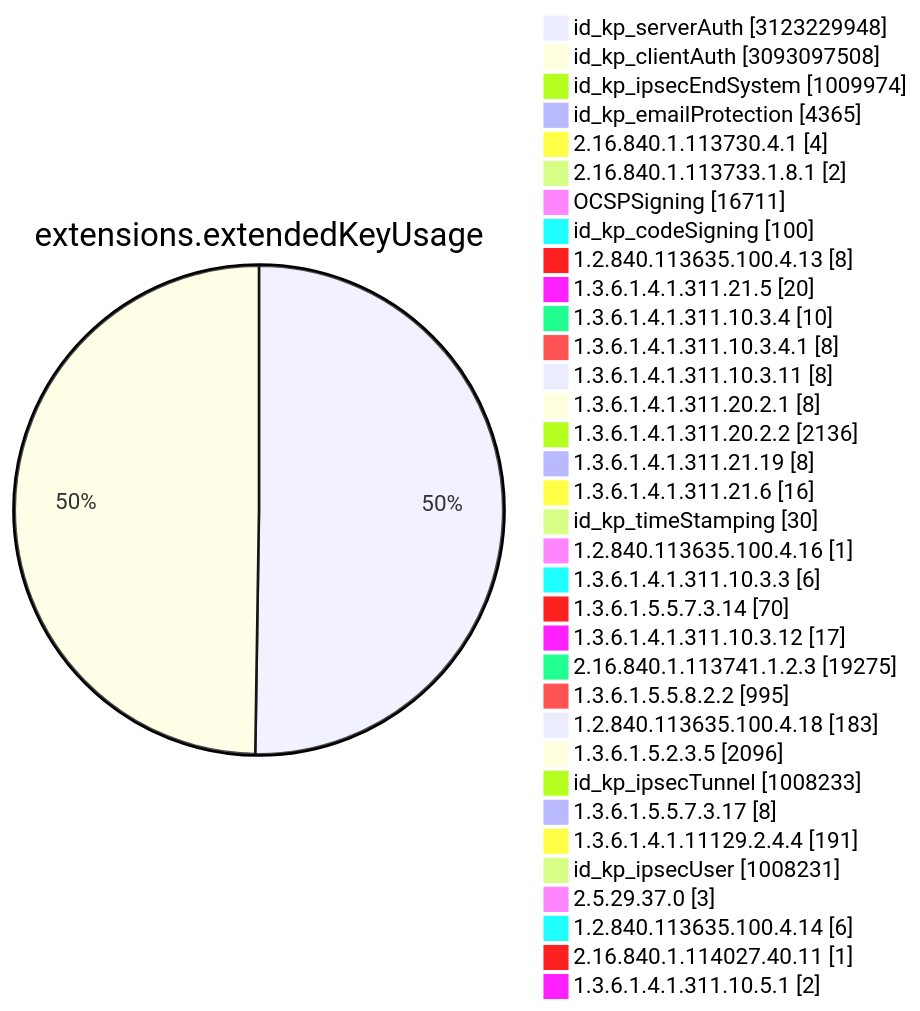
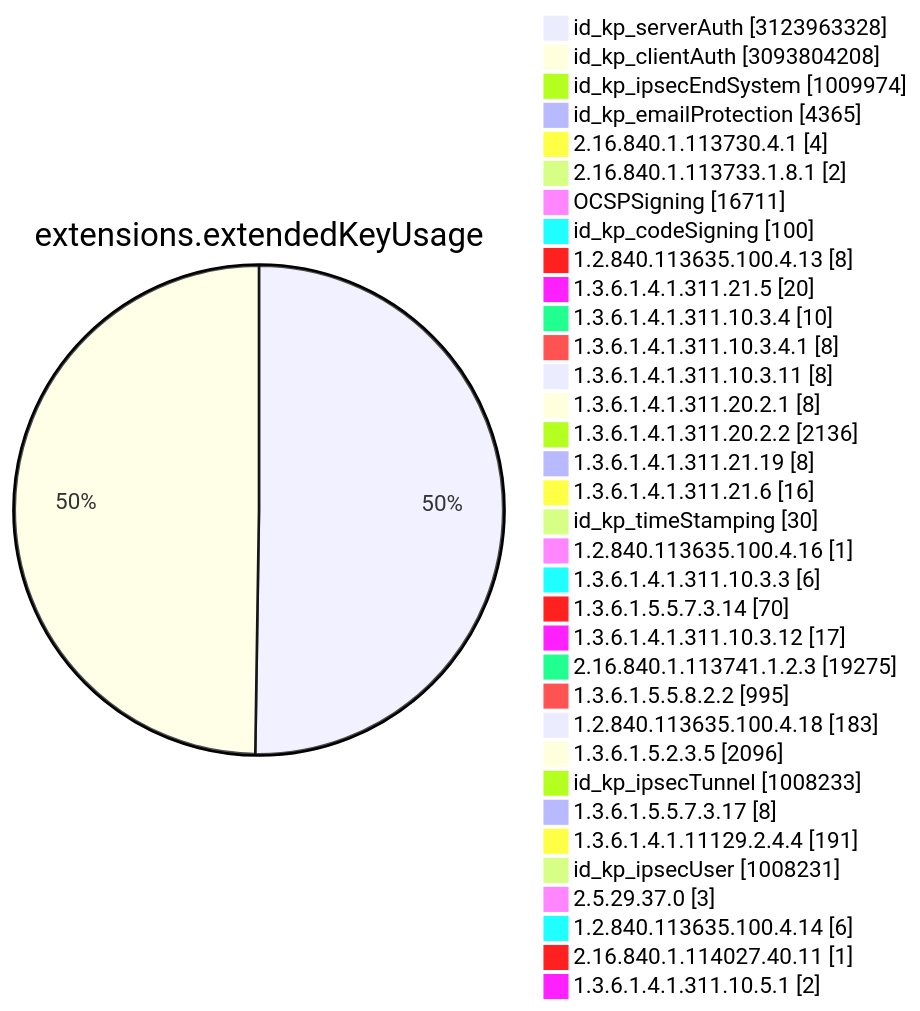
One commit to christiankrug/ctmonitor_visualization changed diagram 11 of 15 in TOTAL/README.md. Above: the diagram before and after it, drawn with Mermaid. The commit also changed other lines of this file, not shown here.

````diff
--- a/TOTAL/README.md
+++ b/TOTAL/README.md
@@ -4117,38 +4117,38 @@
 ```mermaid
 pie showData
 title extensions.extendedKeyUsage
-"id_kp_serverAuth" :3123229948
-"id_kp_clientAuth" :3093097508
+"id_kp_serverAuth" :3123963328
+"id_kp_clientAuth" :3093804208
 "id_kp_ipsecEndSystem" :1009974
 "id_kp_emailProtection" :4365
 "2.16.840.1.113730.4.1" :4
 "2.16.840.1.113733.1.8.1" :2
 "OCSPSigning" :16711
 "id_kp_codeSigning" :100
 "1.2.840.113635.100.4.13" :8
 "1.3.6.1.4.1.311.21.5" :20
 "1.3.6.1.4.1.311.10.3.4" :10
 "1.3.6.1.4.1.311.10.3.4.1" :8
 "1.3.6.1.4.1.311.10.3.11" :8
 "1.3.6.1.4.1.311.20.2.1" :8
 "1.3.6.1.4.1.311.20.2.2" :2136
 "1.3.6.1.4.1.311.21.19" :8
 "1.3.6.1.4.1.311.21.6" :16
 "id_kp_timeStamping" :30
 "1.2.840.113635.100.4.16" :1
 "1.3.6.1.4.1.311.10.3.3" :6
 "1.3.6.1.5.5.7.3.14" :70
 "1.3.6.1.4.1.311.10.3.12" :17
 "2.16.840.1.113741.1.2.3" :19275
 "1.3.6.1.5.5.8.2.2" :995
 "1.2.840.113635.100.4.18" :183
 "1.3.6.1.5.2.3.5" :2096
 "id_kp_ipsecTunnel" :1008233
 "1.3.6.1.5.5.7.3.17" :8
 "1.3.6.1.4.1.11129.2.4.4" :191
 "id_kp_ipsecUser" :1008231
 "2.5.29.37.0" :3
 "1.2.840.113635.100.4.14" :6
 "2.16.840.1.114027.40.11" :1
 "1.3.6.1.4.1.311.10.5.1" :2
 ```
````
